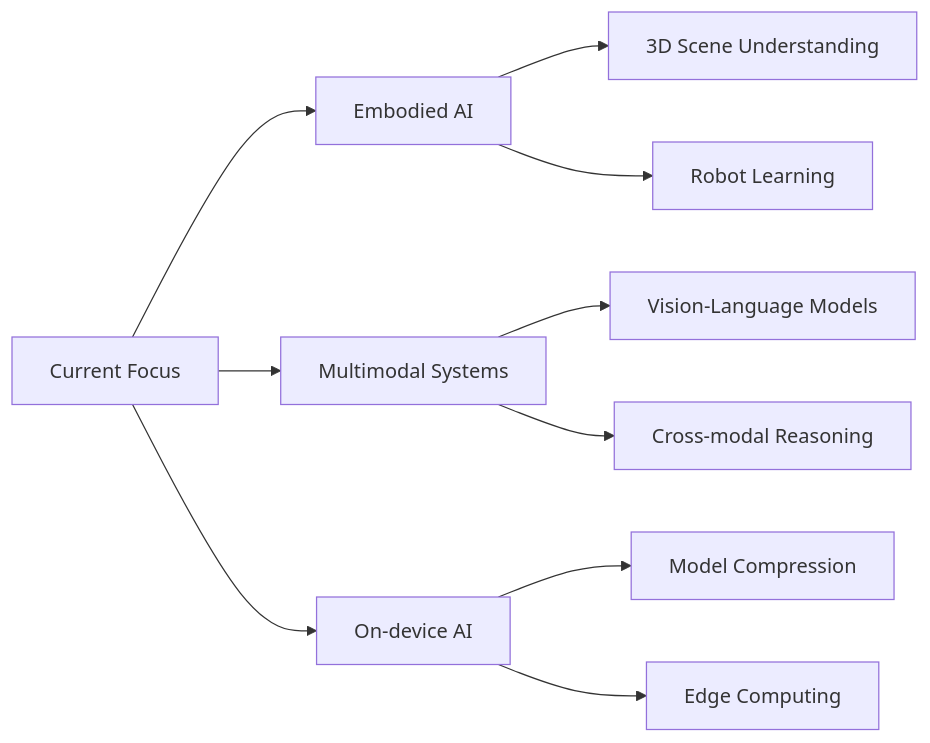
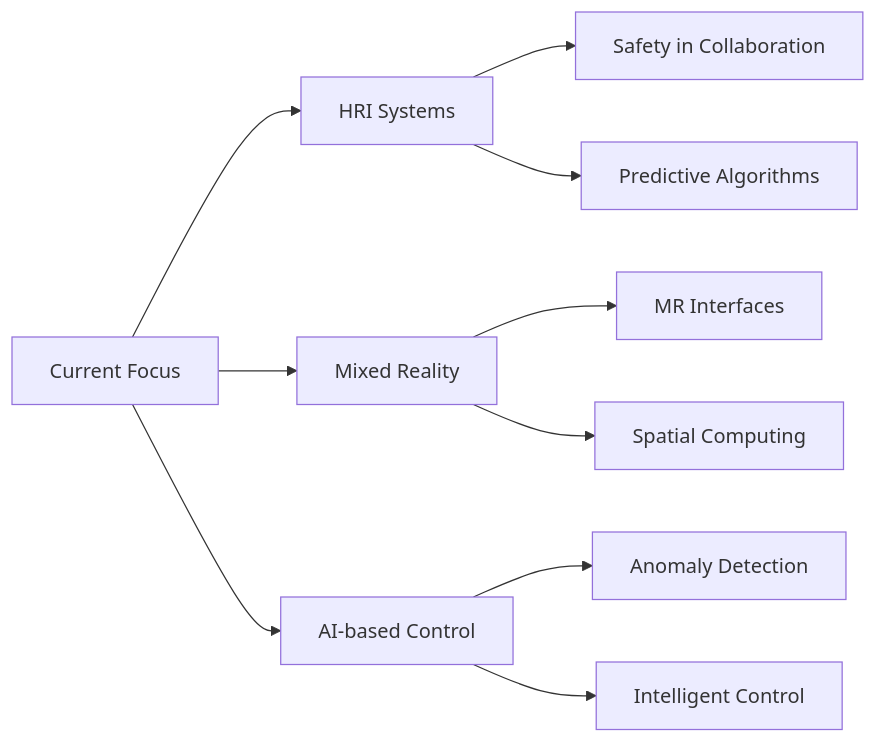
Before and after one commit to Zinki06/Zinki06: the diagram in README.md, drawn with Mermaid. The commit also changed other lines of this file, not shown here.

````diff
--- a/README.md
+++ b/README.md
@@ -267,12 +270,12 @@
   ```mermaid
   graph LR
-    A[Current Focus] --> B[Embodied AI]
-    A --> C[Multimodal Systems]
-    A --> D[On-device AI]
-    B --> E[3D Scene Understanding]
-    B --> F[Robot Learning]
-    C --> G[Vision-Language Models]
-    C --> H[Cross-modal Reasoning]
-    D --> I[Model Compression]
-    D --> J[Edge Computing]
+    A[Current Focus] --> B[HRI Systems]
+    A --> C[Mixed Reality]
+    A --> D[AI-based Control]
+    B --> E[Safety in Collaboration]
+    B --> F[Predictive Algorithms]
+    C --> G[MR Interfaces]
+    C --> H[Spatial Computing]
+    D --> I[Anomaly Detection]
+    D --> J[Intelligent Control]
   ```
````
